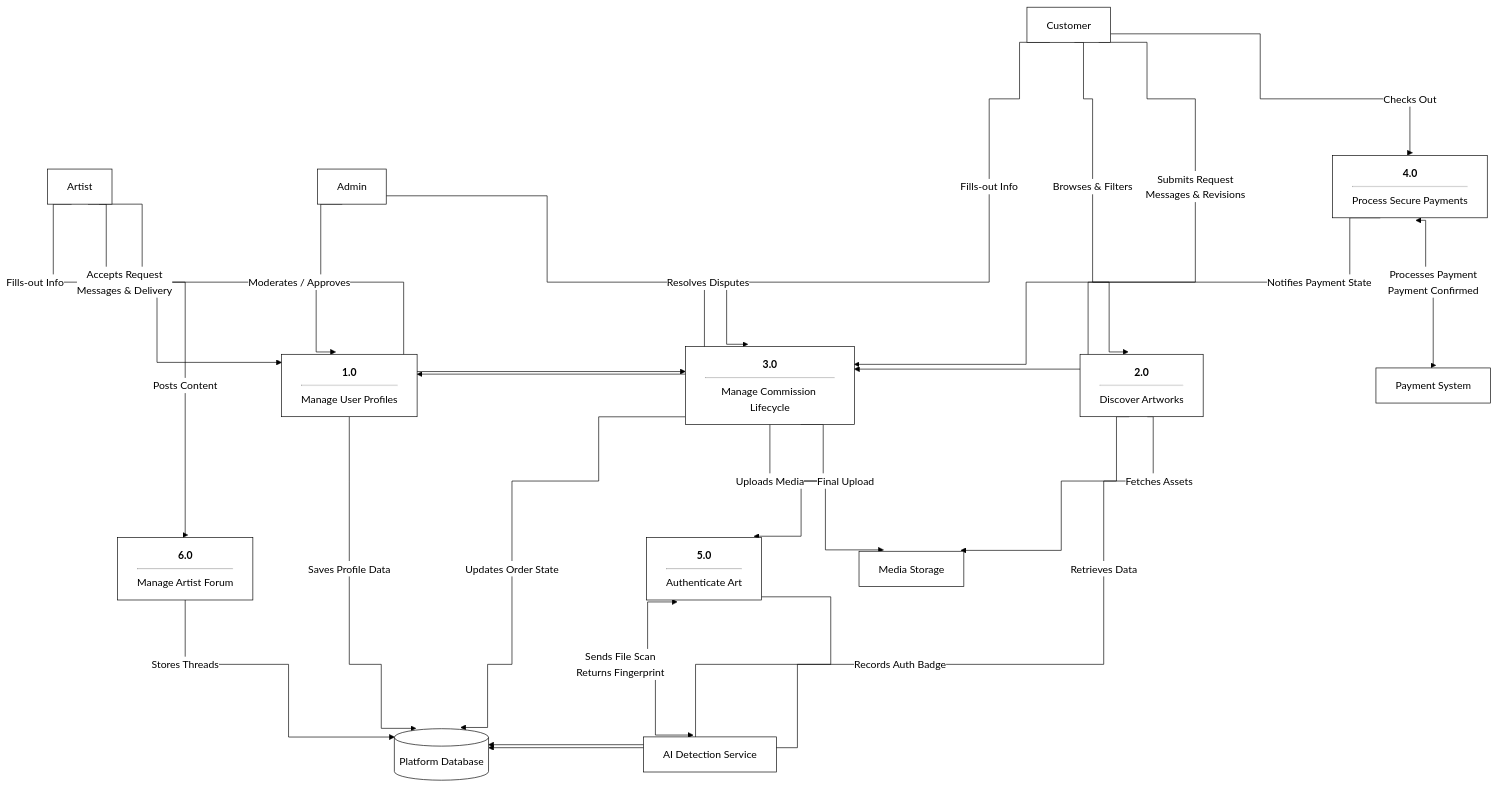
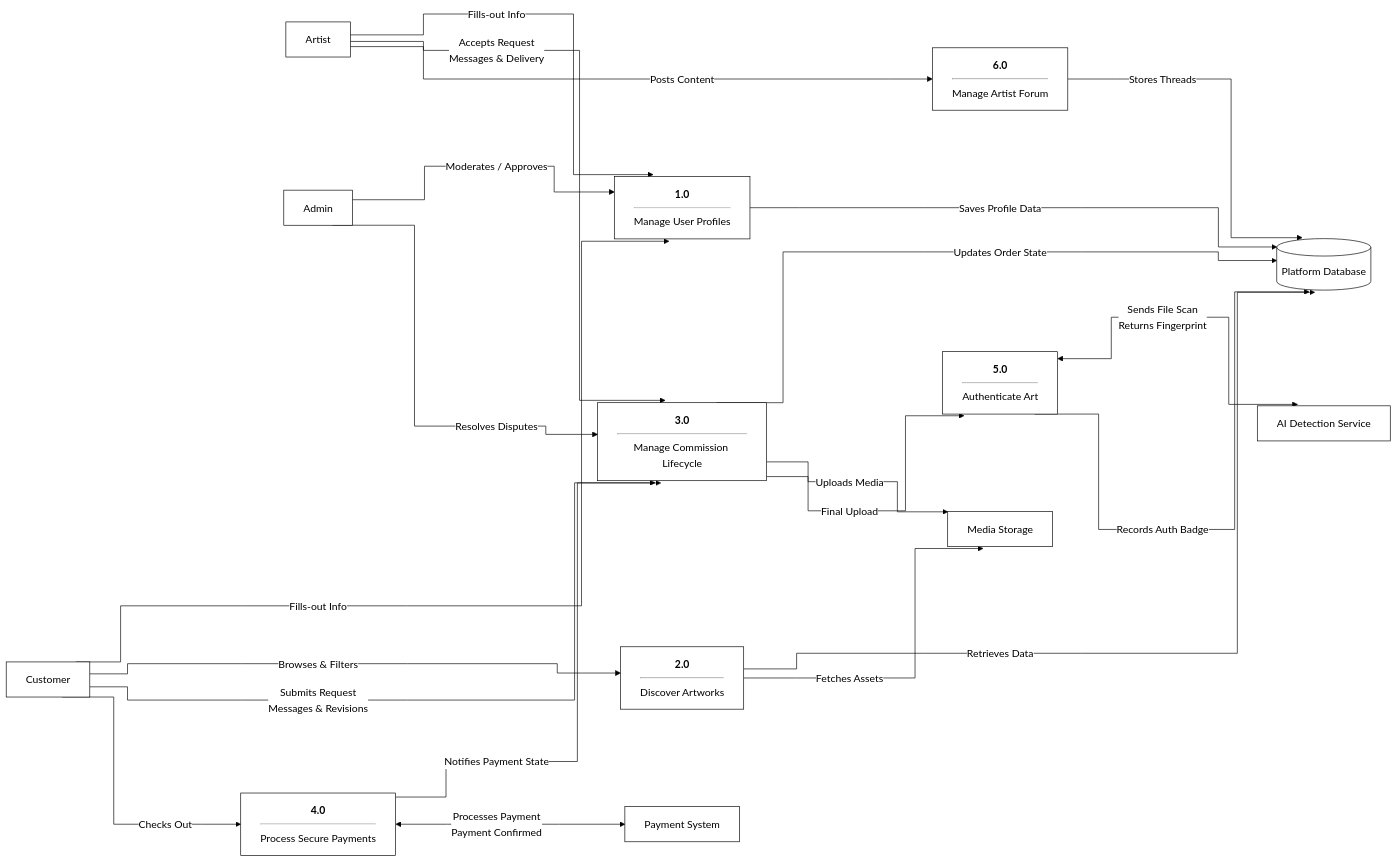
The second of 3 diagrams in README.md (binssente-crypto/DFD), drawn with Mermaid before and after one commit. The commit also changed other lines of this file, not shown here.

````diff
--- a/README.md
+++ b/README.md
@@ -32,51 +32,51 @@
 ```mermaid
 %%{init: { 'flowchart': { 'curve': 'step', 'nodeSpacing': 150, 'rankSpacing': 150 }, 'theme': 'base', 'themeVariables': { 'primaryColor': '#ffffff', 'primaryBorderColor': '#000000', 'primaryTextColor': '#000000', 'lineColor': '#000000', 'background': '#ffffff', 'edgeLabelBackground': '#ffffff' } }}%%
-graph TD
+graph LR
     %% External Entities
     Customer[Customer]
     Artist[Artist]
     Admin[Admin]
     
     %% Generalized Providers
     Payment[Payment System]
     AI_Auth[AI Detection Service]
     Storage[Media Storage]
     
     %% Database Store
     Database[(Platform Database)]
     
     %% Processes
     P1["<b>1.0</b><hr/>Manage User Profiles"]
     P2["<b>2.0</b><hr/>Discover Artworks"]
     P3["<b>3.0</b><hr/>Manage Commission Lifecycle"]
     P4["<b>4.0</b><hr/>Process Secure Payments"]
     P5["<b>5.0</b><hr/>Authenticate Art"]
     P6["<b>6.0</b><hr/>Manage Artist Forum"]
     
     %% Flows
     Customer -- "Fills-out Info" --> P1
     Artist -- "Fills-out Info" --> P1
     Admin -- "Moderates / Approves" --> P1
     P1 -- "Saves Profile Data" --> Database
     
     Customer -- "Browses & Filters" --> P2
     P2 -- "Retrieves Data" --> Database
     P2 -- "Fetches Assets" --> Storage
     
     Customer -- "Submits Request<br/>Messages & Revisions" --> P3
     Artist -- "Accepts Request<br/>Messages & Delivery" --> P3
     Admin -- "Resolves Disputes" --> P3
     P3 -- "Updates Order State" --> Database
     P3 -- "Uploads Media" --> Storage
     
     Customer -- "Checks Out" --> P4
     P4 -- "Notifies Payment State" --> P3
     P4 <--> |"Processes Payment<br/>Payment Confirmed"| Payment
     
     P3 -- "Final Upload" --> P5
     P5 <--> |"Sends File Scan<br/>Returns Fingerprint"| AI_Auth
     P5 -- "Records Auth Badge" --> Database
     
     Artist -- "Posts Content" --> P6
     P6 -- "Stores Threads" --> Database
 ```
````
